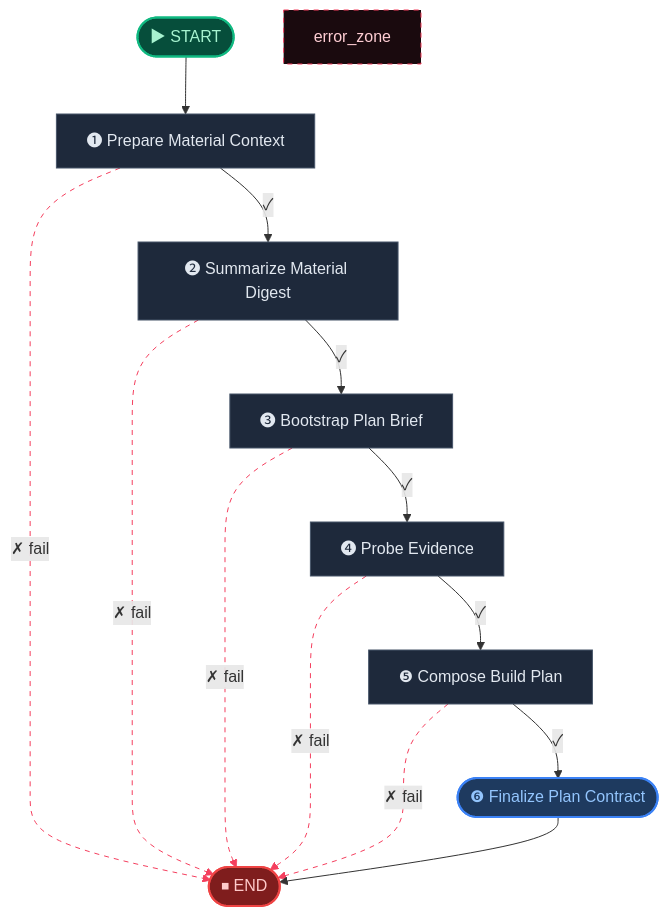
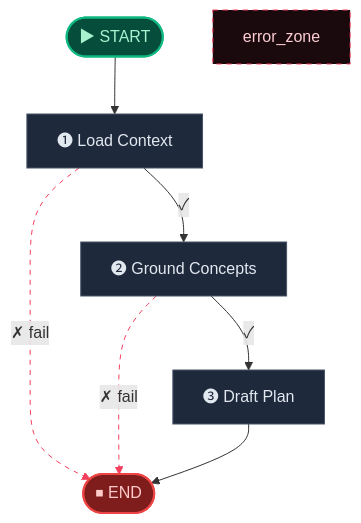
Before and after one commit to aiteachme/AITeachMe: the first of 5 diagrams in backend/scripts/.generated_workflow_diagrams/digest.md, drawn with Mermaid. The commit also changed other lines of this file and 20 other files, not shown here.

First line of the commit message:
Add tests for SQLite legacy schema cleanup and update OpenAPI specifications

````diff
--- a/backend/scripts/.generated_workflow_diagrams/digest.md
+++ b/backend/scripts/.generated_workflow_diagrams/digest.md
@@ -19,36 +21,26 @@
 ```mermaid
 flowchart TD
     __start__(["▶ START"])
-    prepare_material_context["❶ Prepare Material Context"]
-    summarize_material_digest["❷ Summarize Material Digest"]
-    bootstrap_plan_brief["❸ Bootstrap Plan Brief"]
-    probe_evidence["❹ Probe Evidence"]
-    compose_build_plan["❺ Compose Build Plan"]
-    finalize_plan_contract(["❻ Finalize Plan Contract"])
+    load_context["❶ Load Context"]
+    ground_concepts["❷ Ground Concepts"]
+    draft_plan["❸ Draft Plan"]
     __end__(["⏹ END"])
 
-    __start__ --> prepare_material_context
-    bootstrap_plan_brief -. "✗ fail" .-> __end__
-    bootstrap_plan_brief -->|"✓"| probe_evidence
-    compose_build_plan -. "✗ fail" .-> __end__
-    compose_build_plan -->|"✓"| finalize_plan_contract
-    prepare_material_context -. "✗ fail" .-> __end__
-    prepare_material_context -->|"✓"| summarize_material_digest
-    probe_evidence -. "✗ fail" .-> __end__
-    probe_evidence -->|"✓"| compose_build_plan
-    summarize_material_digest -. "✗ fail" .-> __end__
-    summarize_material_digest -->|"✓"| bootstrap_plan_brief
-    finalize_plan_contract --> __end__
+    __start__ --> load_context
+    ground_concepts -. "✗ fail" .-> __end__
+    ground_concepts -->|"✓"| draft_plan
+    load_context -. "✗ fail" .-> __end__
+    load_context -->|"✓"| ground_concepts
+    draft_plan --> __end__
 
     %% ── Styling ──
     classDef startCls fill:#064e3b,stroke:#10b981,stroke-width:2px,color:#a7f3d0
     classDef endCls fill:#7f1d1d,stroke:#ef4444,stroke-width:2px,color:#fecaca
     classDef failCls fill:#4c0519,stroke:#f43f5e,stroke-width:2px,color:#fecdd3
     classDef termCls fill:#1e3a5f,stroke:#3b82f6,stroke-width:2px,color:#93c5fd
     classDef default fill:#1e293b,stroke:#475569,stroke-width:1px,color:#e2e8f0
     style error_zone fill:#1a0a0e,stroke:#f43f5e,stroke-width:1px,color:#fecdd3,stroke-dasharray:5
     class __start__ startCls
-    class finalize_plan_contract termCls
     class __end__ endCls
-    linkStyle 1,3,5,7,9 stroke:#f43f5e,stroke-dasharray:5
+    linkStyle 1,3 stroke:#f43f5e,stroke-dasharray:5
 ```
````
